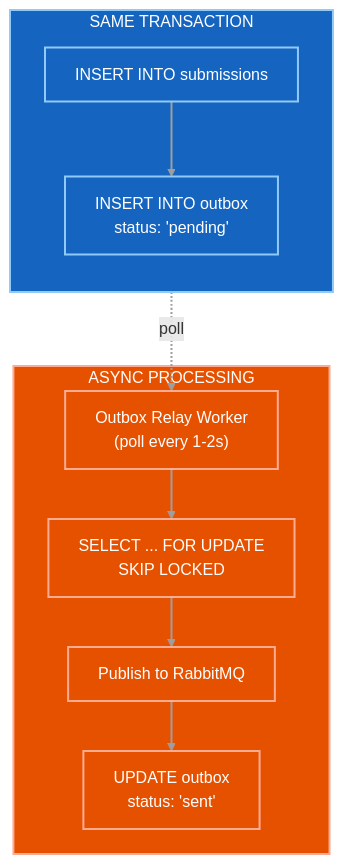
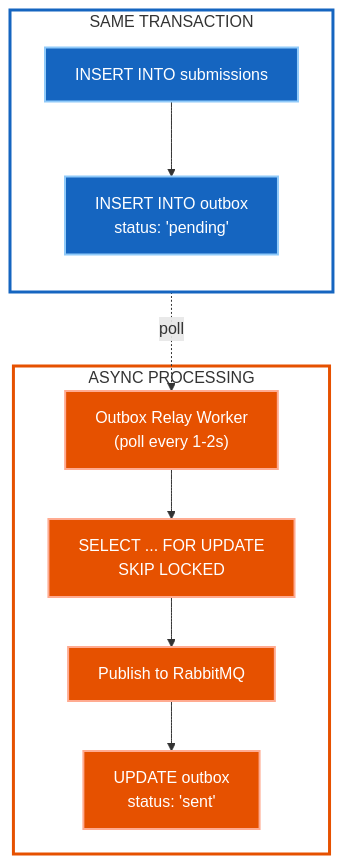
One commit to nghyane/VSTEP changed the sixth of 12 diagrams in docs/capstone/diagrams/flow-diagrams.vi.md. Above: the diagram before and after it, drawn with Mermaid. The commit also changed other lines of this file, not shown here.

First line of the commit message:
fix(docs): remove unsupported linkStyle syntax causing parse errors

````diff
--- a/docs/capstone/diagrams/flow-diagrams.vi.md
+++ b/docs/capstone/diagrams/flow-diagrams.vi.md
@@ -306,26 +337,31 @@
 ```mermaid
 flowchart TB
     subgraph Transaction["SAME TRANSACTION"]
         direction TB
         Sub["INSERT INTO submissions"]
         Outbox["INSERT INTO outbox<br/>status: 'pending'"]
     end
 
     subgraph Async["ASYNC PROCESSING"]
         Relay["Outbox Relay Worker<br/>(poll every 1-2s)"]
         Lock["SELECT ... FOR UPDATE<br/>SKIP LOCKED"]
         Publish["Publish to RabbitMQ"]
         Confirm["UPDATE outbox<br/>status: 'sent'"]
     end
 
     Sub --> Outbox
     Outbox -.->|"poll"| Relay --> Lock --> Publish --> Confirm
 
     classDef trans fill:#1565c0,stroke:#90caf9,stroke-width:2px,color:#fff
     classDef async fill:#e65100,stroke:#ffab91,stroke-width:2px,color:#fff
 
-    class Transaction,Sub,Outbox trans
-    class Async,Relay,Lock,Publish,Confirm async
+    classDef transBox fill:none,stroke:#1565c0,stroke-width:3px
+    classDef asyncBox fill:none,stroke:#e65100,stroke-width:3px
 
-    linkStyle default stroke:#9e9e9e,stroke-width:2px
+    class Transaction transBox
+    class Async asyncBox
+
+    class Sub,Outbox trans
+    class Relay,Lock,Publish,Confirm async
+
 ```
````
